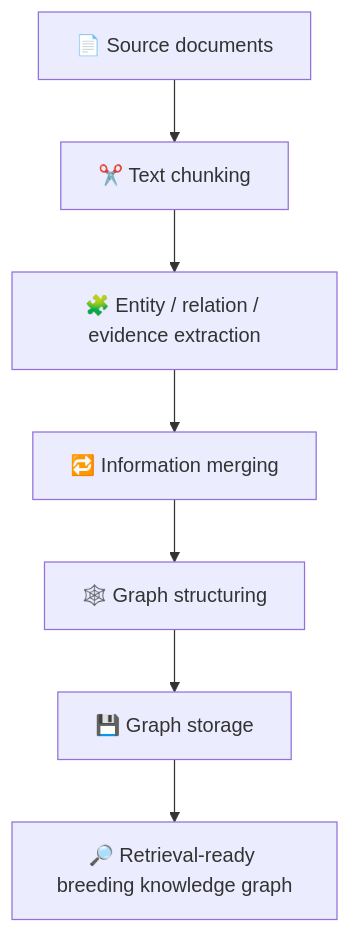
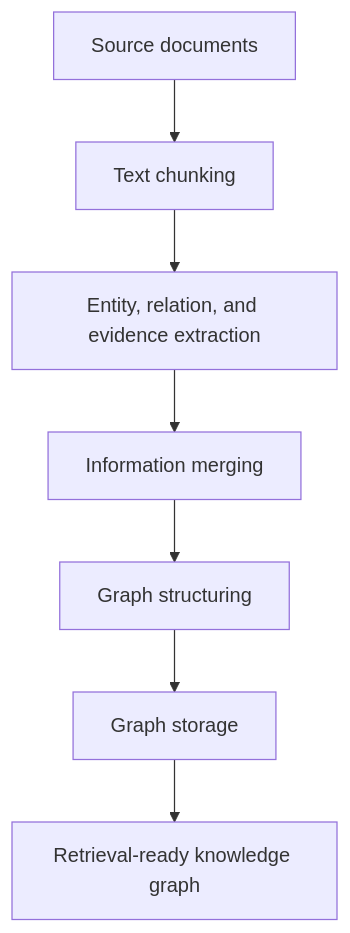
Before and after one commit to zhiweihu1103/DeepBreeding: the second of 2 diagrams in README.md, drawn with Mermaid. The commit also changed other lines of this file, not shown here.

````diff
--- a/README.md
+++ b/README.md
@@ -103,9 +101,9 @@
 ```mermaid
 flowchart TD
-    A[📄 Source documents] --> B[✂️ Text chunking]
-    B --> C[🧩 Entity / relation / evidence extraction]
-    C --> D[🔁 Information merging]
-    D --> E[🕸️ Graph structuring]
-    E --> F[💾 Graph storage]
-    F --> G[🔎 Retrieval-ready breeding knowledge graph]
+    A[Source documents] --> B[Text chunking]
+    B --> C[Entity, relation, and evidence extraction]
+    C --> D[Information merging]
+    D --> E[Graph structuring]
+    E --> F[Graph storage]
+    F --> G[Retrieval-ready knowledge graph]
 ```
````
